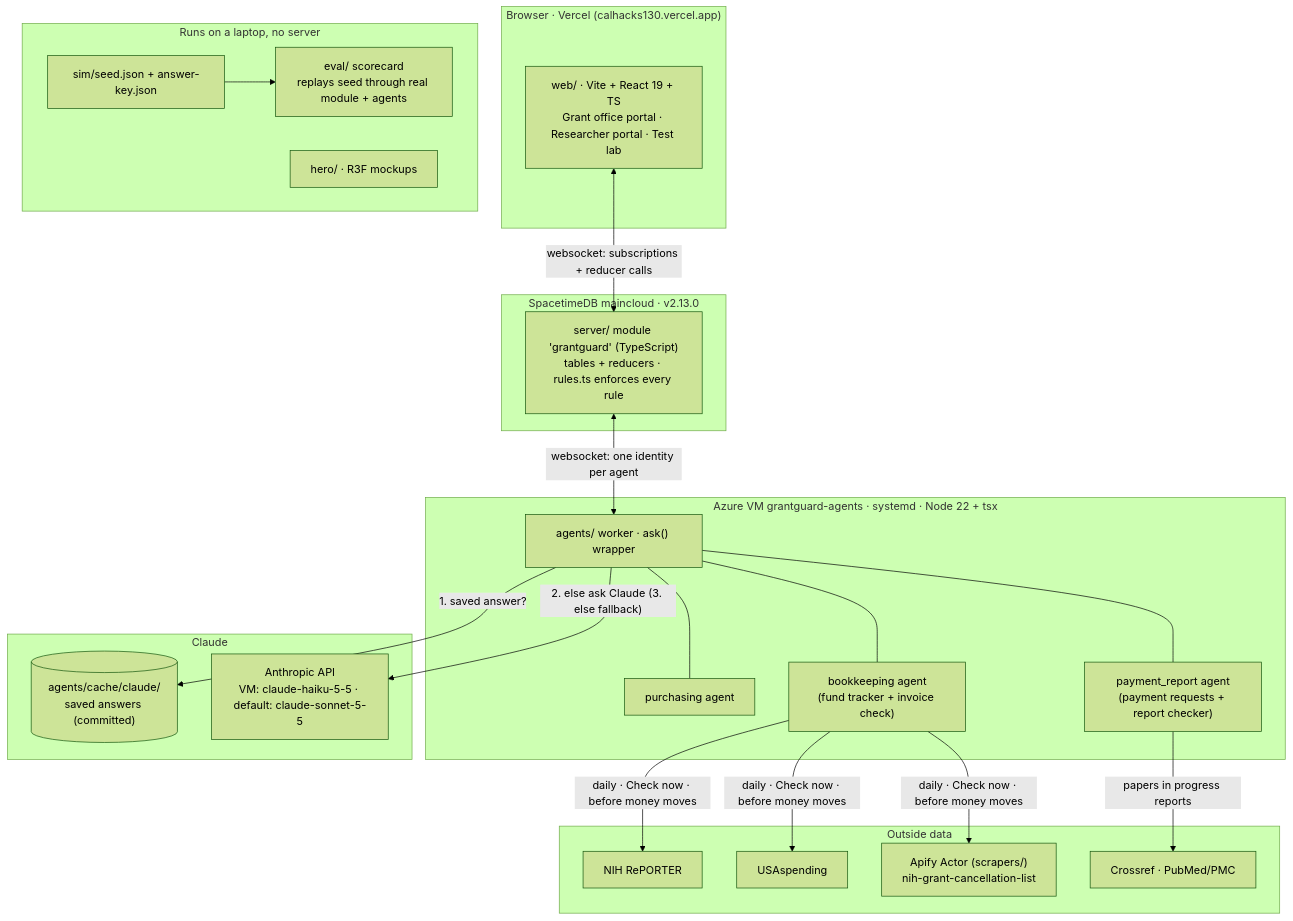
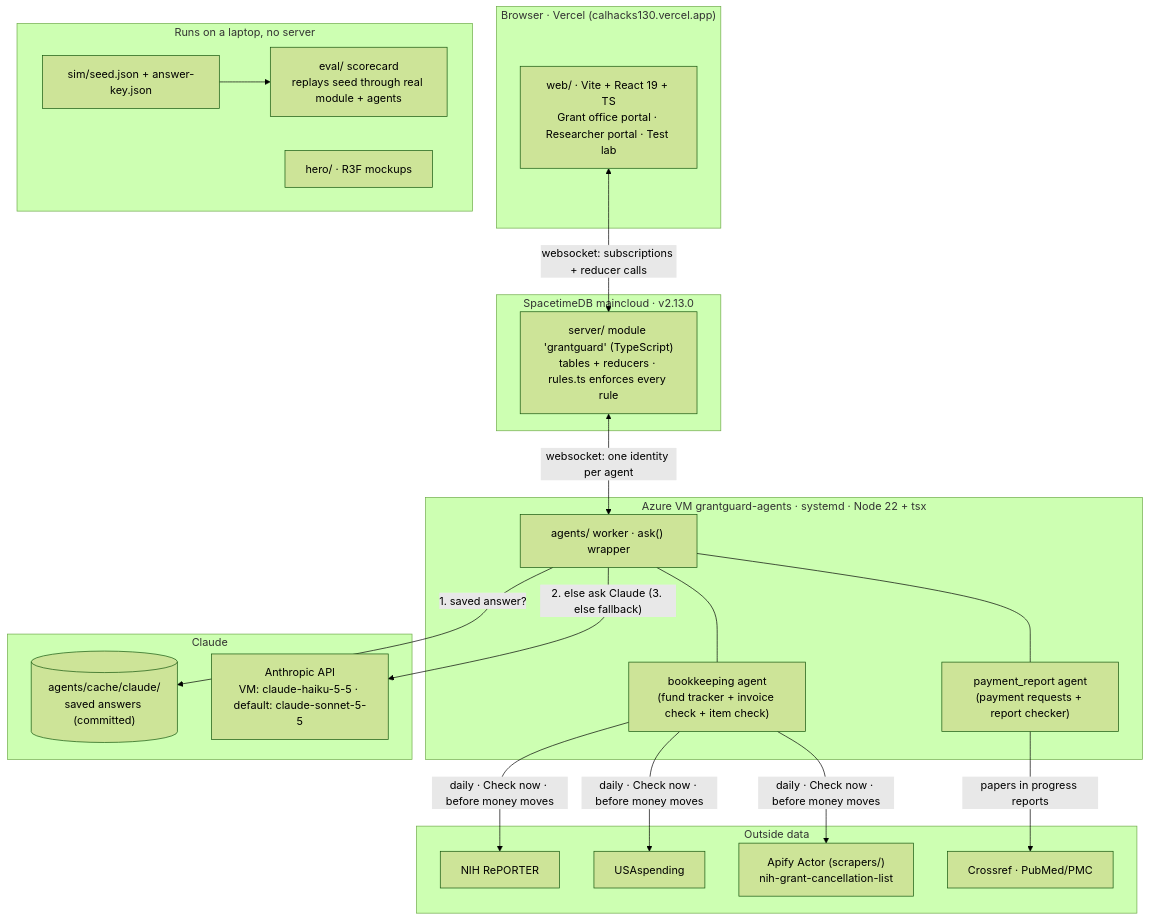
One commit to vitgruib/CalHacks13.0 changed the first of 4 diagrams in docs/ARCHITECTURE.md. Above: the diagram before and after it, drawn with Mermaid (forest theme). The commit also changed other lines of this file and 9 other files, not shown here.

Commit message:
docs: no purchasing agent; the grant office approves every request and invoice (T108 done)

````diff
--- a/docs/ARCHITECTURE.md
+++ b/docs/ARCHITECTURE.md
@@ -10,42 +10,41 @@
 ```mermaid
 flowchart TB
   subgraph Browser["Browser · Vercel (calhacks130.vercel.app)"]
     WEB["web/ · Vite + React 19 + TS<br/>Grant office portal · Researcher portal · Test lab"]
   end
 
   subgraph Maincloud["SpacetimeDB maincloud · v2.13.0"]
     MOD["server/ module 'grantguard' (TypeScript)<br/>tables + reducers · rules.ts enforces every rule"]
   end
 
   subgraph VM["Azure VM grantguard-agents · systemd · Node 22 + tsx"]
     WORKER["agents/ worker · ask() wrapper"]
-    PUR["purchasing agent"]
-    BOOK["bookkeeping agent<br/>(fund tracker + invoice check)"]
+    BOOK["bookkeeping agent<br/>(fund tracker + invoice check + item check)"]
     PAY["payment_report agent<br/>(payment requests + report checker)"]
-    WORKER --- PUR & BOOK & PAY
+    WORKER --- BOOK & PAY
   end
 
   subgraph AI["Claude"]
     CACHE[("agents/cache/claude/<br/>saved answers (committed)")]
     CLAUDE["Anthropic API<br/>VM: claude-haiku-5-5 · default: claude-sonnet-5-5"]
   end
 
   subgraph Sources["Outside data"]
     REP["NIH RePORTER"]
     USA["USAspending"]
     ACTOR["Apify Actor (scrapers/)<br/>nih-grant-cancellation-list"]
     XREF["Crossref · PubMed/PMC"]
   end
 
   WEB <-->|"websocket: subscriptions + reducer calls"| MOD
   MOD <-->|"websocket: one identity per agent"| WORKER
   WORKER -->|"1. saved answer?"| CACHE
   WORKER -->|"2. else ask Claude (3. else fallback)"| CLAUDE
   BOOK -->|"daily · Check now · before money moves"| REP & USA & ACTOR
   PAY -->|"papers in progress reports"| XREF
 
   subgraph Offline["Runs on a laptop, no server"]
     SIM["sim/seed.json + answer-key.json"] --> EVAL["eval/ scorecard<br/>replays seed through real module + agents"]
     HERO["hero/ · R3F mockups"]
   end
 ```
````
